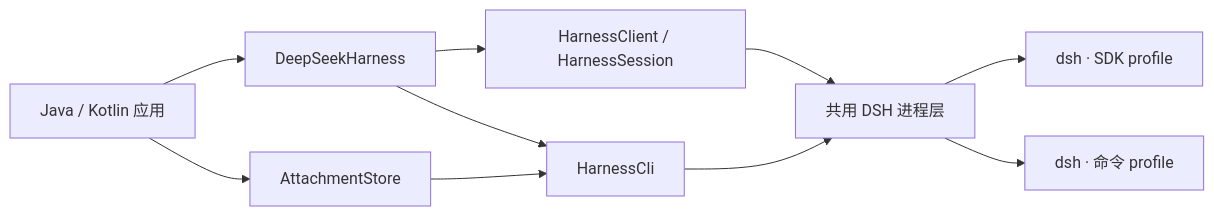
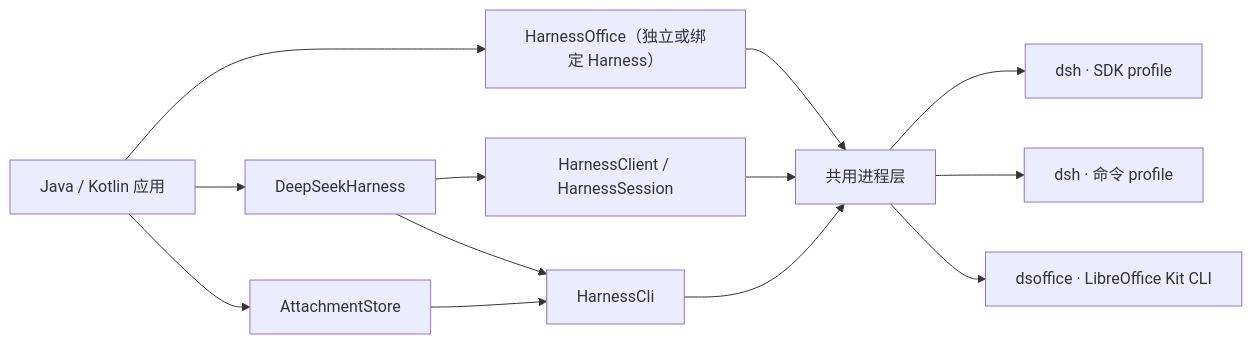
The diagram in docs/sdk.zh.md (elonzh/dshjk), drawn with Mermaid before and after one commit. The commit also changed other lines of this file and 14 other files, not shown here.

````diff
--- a/docs/sdk.zh.md
+++ b/docs/sdk.zh.md
@@ -9,12 +9,15 @@
 ```mermaid
 flowchart LR
   App["Java / Kotlin 应用"] --> Harness["DeepSeekHarness"]
   Harness --> Client["HarnessClient / HarnessSession"]
   Harness --> Cli["HarnessCli"]
   App --> Attachments["AttachmentStore"]
   Attachments --> Cli
-  Client --> Runtime["共用 DSH 进程层"]
+  App --> Office["HarnessOffice（独立或绑定 Harness）"]
+  Office --> Runtime
+  Client --> Runtime["共用进程层"]
   Cli --> Runtime
   Runtime --> SDK["dsh · SDK profile"]
   Runtime --> Command["dsh · 命令 profile"]
+  Runtime --> Kit["dsoffice · LibreOffice Kit CLI"]
 ```
````
